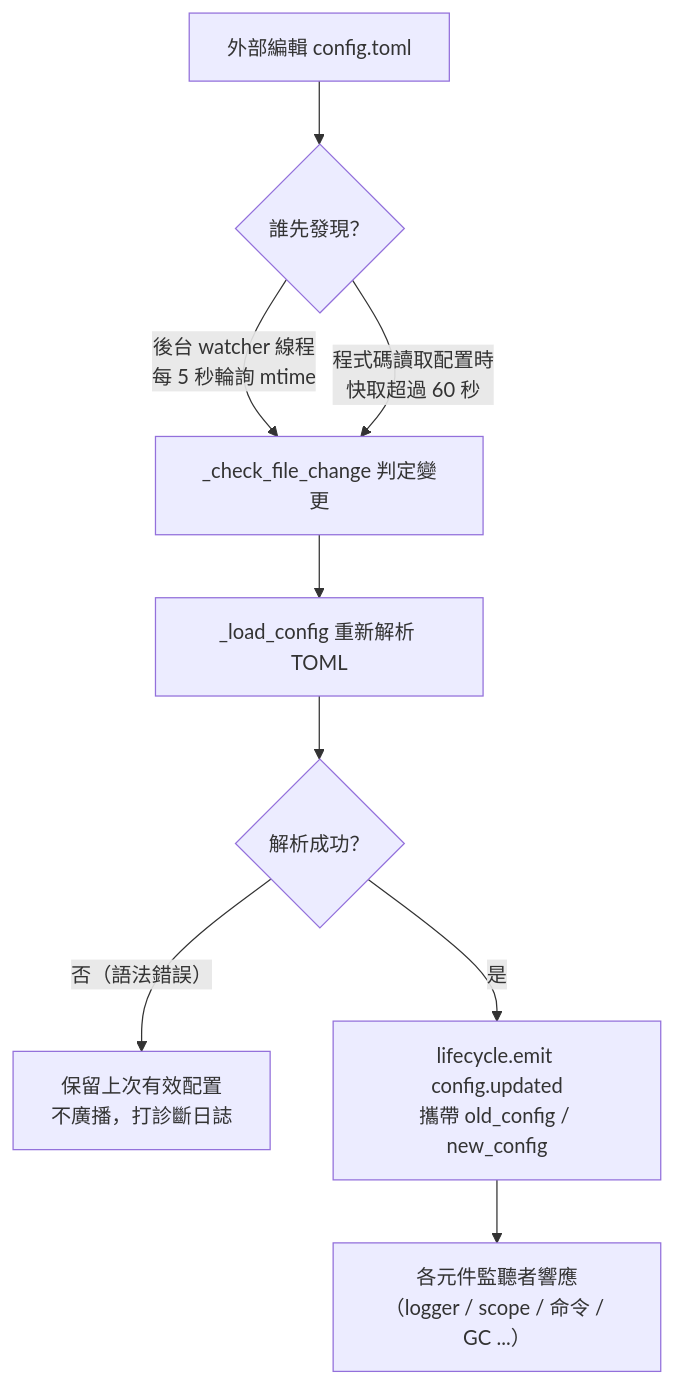
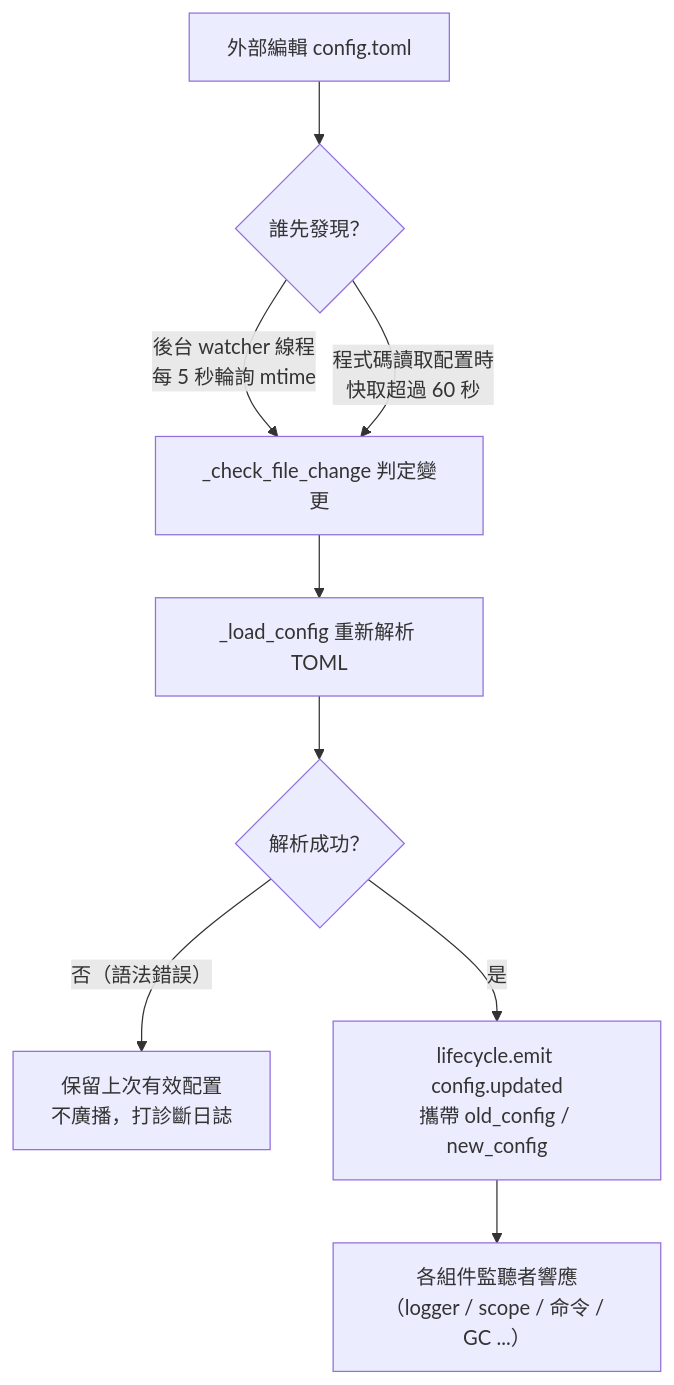
The diagram in docs/zh-TW/user-guide/configuration.md (ErisPulse/ErisPulse), drawn with Mermaid before and after one commit. The commit also changed other lines of this file and 219 other files, not shown here.

````diff
--- a/docs/zh-TW/user-guide/configuration.md
+++ b/docs/zh-TW/user-guide/configuration.md
@@ -144,11 +148,11 @@
 ```mermaid
 flowchart TD
     A["外部編輯 config.toml"] --> B{"誰先發現？"}
     B -->|"後台 watcher 線程<br/>每 5 秒輪詢 mtime"| C["_check_file_change 判定變更"]
     B -->|"程式碼讀取配置時<br/>快取超過 60 秒"| C
     C --> D["_load_config 重新解析 TOML"]
     D --> E{"解析成功？"}
     E -->|"否（語法錯誤）"| F["保留上次有效配置<br/>不廣播，打診斷日誌"]
     E -->|"是"| G["lifecycle.emit config.updated<br/>攜帶 old_config / new_config"]
-    G --> H["各元件監聽者響應<br/>（logger / scope / 命令 / GC ...）"]
+    G --> H["各組件監聽者響應<br/>（logger / scope / 命令 / GC ...）"]
 ```
````
